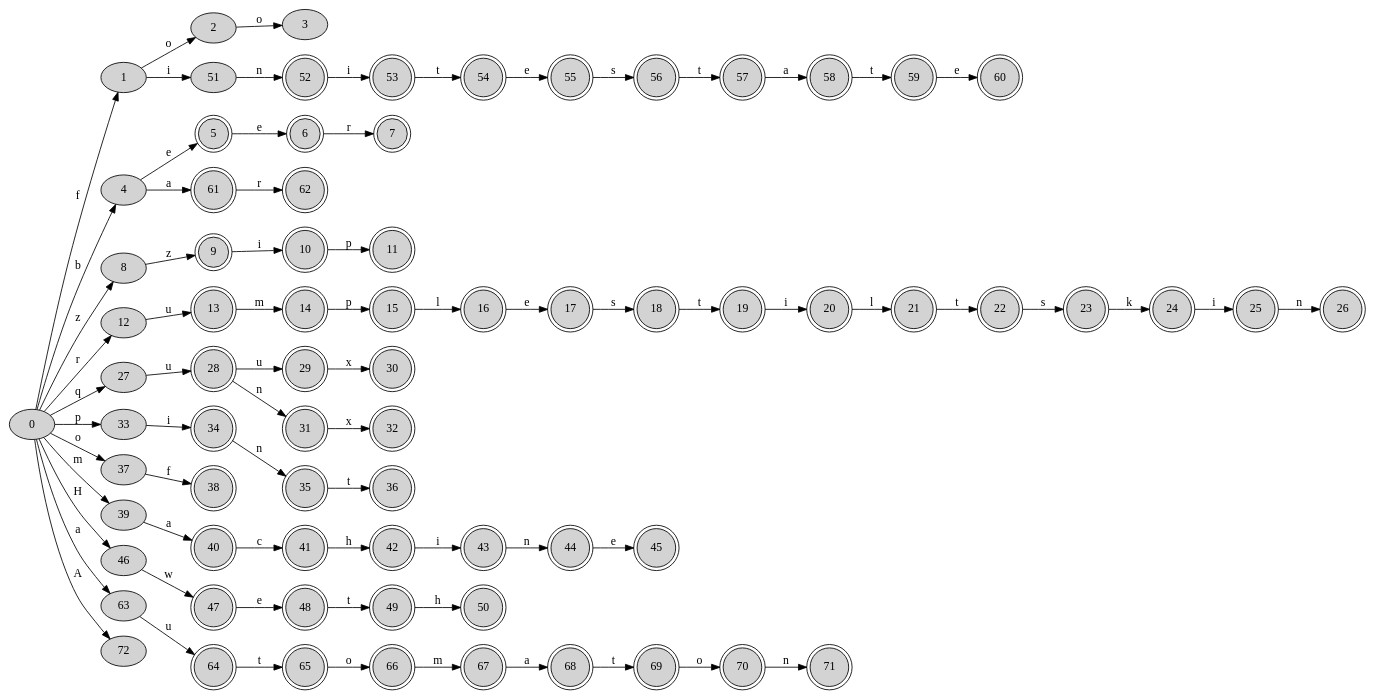
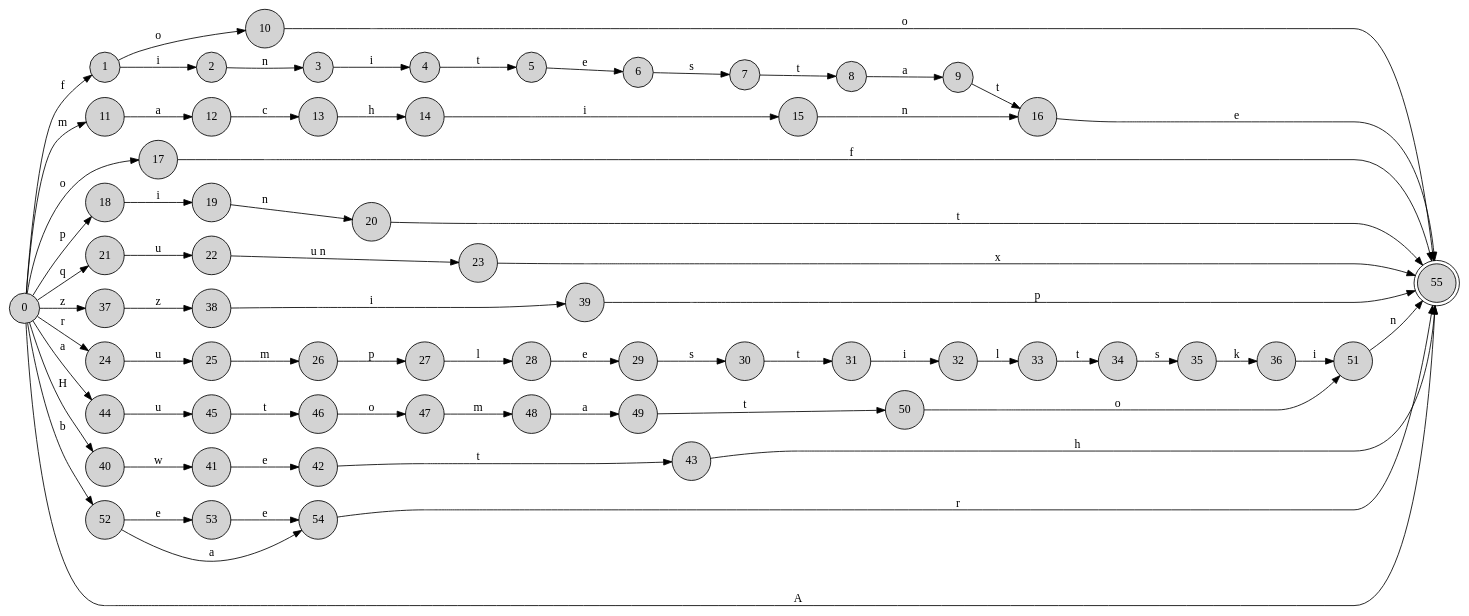
The diagram in articles/fsmnlp-2012-spellers/demo-lm.dot (eaxelson/hfst-import-test5), drawn with Graphviz before and after one commit. The commit also changed 13 other files, not shown here.

```diff
--- a/articles/fsmnlp-2012-spellers/demo-lm.dot
+++ b/articles/fsmnlp-2012-spellers/demo-lm.dot
@@ -1,149 +1,126 @@
-// This graph generated with hfst-fst2txt blah
-digraph H {
+digraph A {
 rankdir = LR;
-node [style=filled] 0
+node [shape=circle,style=filled] 0
+node [shape=circle,style=filled] 1
+node [shape=circle,style=filled] 2
+node [shape=circle,style=filled] 3
+node [shape=circle,style=filled] 4
+node [shape=circle,style=filled] 5
+node [shape=circle,style=filled] 6
+node [shape=circle,style=filled] 7
+node [shape=circle,style=filled] 8
+node [shape=circle,style=filled] 9
+node [shape=circle,style=filled] 10
+node [shape=circle,style=filled] 11
+node [shape=circle,style=filled] 12
+node [shape=circle,style=filled] 13
+node [shape=circle,style=filled] 14
+node [shape=circle,style=filled] 15
+node [shape=circle,style=filled] 16
+node [shape=circle,style=filled] 17
+node [shape=circle,style=filled] 18
+node [shape=circle,style=filled] 19
+node [shape=circle,style=filled] 20
+node [shape=circle,style=filled] 21
+node [shape=circle,style=filled] 22
+node [shape=circle,style=filled] 23
+node [shape=circle,style=filled] 24
+node [shape=circle,style=filled] 25
+node [shape=circle,style=filled] 26
+node [shape=circle,style=filled] 27
+node [shape=circle,style=filled] 28
+node [shape=circle,style=filled] 29
+node [shape=circle,style=filled] 30
+node [shape=circle,style=filled] 31
+node [shape=circle,style=filled] 32
+node [shape=circle,style=filled] 33
+node [shape=circle,style=filled] 34
+node [shape=circle,style=filled] 35
+node [shape=circle,style=filled] 36
+node [shape=circle,style=filled] 37
+node [shape=circle,style=filled] 38
+node [shape=circle,style=filled] 39
+node [shape=circle,style=filled] 40
+node [shape=circle,style=filled] 41
+node [shape=circle,style=filled] 42
+node [shape=circle,style=filled] 43
+node [shape=circle,style=filled] 44
+node [shape=circle,style=filled] 45
+node [shape=circle,style=filled] 46
+node [shape=circle,style=filled] 47
+node [shape=circle,style=filled] 48
+node [shape=circle,style=filled] 49
+node [shape=circle,style=filled] 50
+node [shape=circle,style=filled] 51
+node [shape=circle,style=filled] 52
+node [shape=circle,style=filled] 53
+node [shape=circle,style=filled] 54
+node [shape=doublecircle,style=filled] 55
+0 -> 52 [label="b "];
+0 -> 44 [label="a "];
+0 -> 40 [label="H "];
+0 -> 55 [label="A "];
+0 -> 37 [label="z "];
+0 -> 24 [label="r "];
+0 -> 21 [label="q "];
+0 -> 18 [label="p "];
+0 -> 17 [label="o "];
+0 -> 11 [label="m "];
 0 -> 1 [label="f "];
-0 -> 4 [label="b "];
-0 -> 8 [label="z "];
-0 -> 12 [label="r "];
-0 -> 27 [label="q "];
-0 -> 33 [label="p "];
-0 -> 37 [label="o "];
-0 -> 39 [label="m "];
-0 -> 46 [label="H "];
-0 -> 63 [label="a "];
-0 -> 72 [label="A "];
-node [style=filled] 1
-1 -> 2 [label="o "];
-1 -> 51 [label="i "];
-node [style=filled] 2
-2 -> 3 [label="o "];
-node [shape=doublecircle,style=filled] 3
-node [style=filled] 4
-4 -> 5 [label="e "];
-4 -> 61 [label="a "];
-node [style=filled] 5
+1 -> 10 [label="o "];
+1 -> 2 [label="i "];
+2 -> 3 [label="n "];
+3 -> 4 [label="i "];
+4 -> 5 [label="t "];
 5 -> 6 [label="e "];
-node [style=filled] 6
-6 -> 7 [label="r "];
-node [shape=doublecircle,style=filled] 7
-node [style=filled] 8
-8 -> 9 [label="z "];
-node [style=filled] 9
-9 -> 10 [label="i "];
-node [style=filled] 10
-10 -> 11 [label="p "];
-node [shape=doublecircle,style=filled] 11
-node [style=filled] 12
-12 -> 13 [label="u "];
-node [style=filled] 13
-13 -> 14 [label="m "];
-node [style=filled] 14
-14 -> 15 [label="p "];
-node [style=filled] 15
-15 -> 16 [label="l "];
-node [style=filled] 16
-16 -> 17 [label="e "];
-node [style=filled] 17
-17 -> 18 [label="s "];
-node [style=filled] 18
-18 -> 19 [label="t "];
-node [style=filled] 19
-19 -> 20 [label="i "];
-node [style=filled] 20
-20 -> 21 [label="l "];
-node [style=filled] 21
-21 -> 22 [label="t "];
-node [style=filled] 22
-22 -> 23 [label="s "];
-node [style=filled] 23
-23 -> 24 [label="k "];
-node [style=filled] 24
-24 -> 25 [label="i "];
-node [style=filled] 25
-25 -> 26 [label="n "];
-node [shape=doublecircle,style=filled] 26
-node [style=filled] 27
-27 -> 28 [label="u "];
-node [style=filled] 28
-28 -> 29 [label="u "];
-28 -> 31 [label="n "];
-node [style=filled] 29
-29 -> 30 [label="x "];
-node [shape=doublecircle,style=filled] 30
-node [style=filled] 31
-31 -> 32 [label="x "];
-node [shape=doublecircle,style=filled] 32
-node [style=filled] 33
-33 -> 34 [label="i "];
-node [style=filled] 34
-34 -> 35 [label="n "];
-node [style=filled] 35
-35 -> 36 [label="t "];
-node [shape=doublecircle,style=filled] 36
-node [style=filled] 37
-37 -> 38 [label="f "];
-node [shape=doublecircle,style=filled] 38
-node [style=filled] 39
-39 -> 40 [label="a "];
-node [style=filled] 40
-40 -> 41 [label="c "];
-node [style=filled] 41
-41 -> 42 [label="h "];
-node [style=filled] 42
-42 -> 43 [label="i "];
-node [style=filled] 43
-43 -> 44 [label="n "];
-node [style=filled] 44
-44 -> 45 [label="e "];
-node [shape=doublecircle,style=filled] 45
-node [style=filled] 46
-46 -> 47 [label="w "];
-node [style=filled] 47
-47 -> 48 [label="e "];
-node [style=filled] 48
-48 -> 49 [label="t "];
-node [style=filled] 49
-49 -> 50 [label="h "];
-node [shape=doublecircle,style=filled] 50
-node [style=filled] 51
-51 -> 52 [label="n "];
-node [style=filled] 52
-52 -> 53 [label="i "];
-node [style=filled] 53
-53 -> 54 [label="t "];
-node [style=filled] 54
-54 -> 55 [label="e "];
-node [style=filled] 55
-55 -> 56 [label="s "];
-node [style=filled] 56
-56 -> 57 [label="t "];
-node [style=filled] 57
-57 -> 58 [label="a "];
-node [style=filled] 58
-58 -> 59 [label="t "];
-node [style=filled] 59
-59 -> 60 [label="e "];
-node [shape=doublecircle,style=filled] 60
-node [style=filled] 61
-61 -> 62 [label="r "];
-node [shape=doublecircle,style=filled] 62
-node [style=filled] 63
-63 -> 64 [label="u "];
-node [style=filled] 64
-64 -> 65 [label="t "];
-node [style=filled] 65
-65 -> 66 [label="o "];
-node [style=filled] 66
-66 -> 67 [label="m "];
-node [style=filled] 67
-67 -> 68 [label="a "];
-node [style=filled] 68
-68 -> 69 [label="t "];
-node [style=filled] 69
-69 -> 70 [label="o "];
-node [style=filled] 70
-70 -> 71 [label="n "];
-node [shape=doublecircle,style=filled] 71
-node [shape=doublecircle,style=filled] 72
+6 -> 7 [label="s "];
+7 -> 8 [label="t "];
+8 -> 9 [label="a "];
+9 -> 16 [label="t "];
+10 -> 55 [label="o "];
+11 -> 12 [label="a "];
+12 -> 13 [label="c "];
+13 -> 14 [label="h "];
+14 -> 15 [label="i "];
+15 -> 16 [label="n "];
+16 -> 55 [label="e "];
+17 -> 55 [label="f "];
+18 -> 19 [label="i "];
+19 -> 20 [label="n "];
+20 -> 55 [label="t "];
+21 -> 22 [label="u "];
+22 -> 23 [label="u n "];
+23 -> 55 [label="x "];
+24 -> 25 [label="u "];
+25 -> 26 [label="m "];
+26 -> 27 [label="p "];
+27 -> 28 [label="l "];
+28 -> 29 [label="e "];
+29 -> 30 [label="s "];
+30 -> 31 [label="t "];
+31 -> 32 [label="i "];
+32 -> 33 [label="l "];
+33 -> 34 [label="t "];
+34 -> 35 [label="s "];
+35 -> 36 [label="k "];
+36 -> 51 [label="i "];
+37 -> 38 [label="z "];
+38 -> 39 [label="i "];
+39 -> 55 [label="p "];
+40 -> 41 [label="w "];
+41 -> 42 [label="e "];
+42 -> 43 [label="t "];
+43 -> 55 [label="h "];
+44 -> 45 [label="u "];
+45 -> 46 [label="t "];
+46 -> 47 [label="o "];
+47 -> 48 [label="m "];
+48 -> 49 [label="a "];
+49 -> 50 [label="t "];
+50 -> 51 [label="o "];
+51 -> 55 [label="n "];
+52 -> 53 [label="e "];
+52 -> 54 [label="a "];
+53 -> 54 [label="e "];
+54 -> 55 [label="r "];
 }
```
